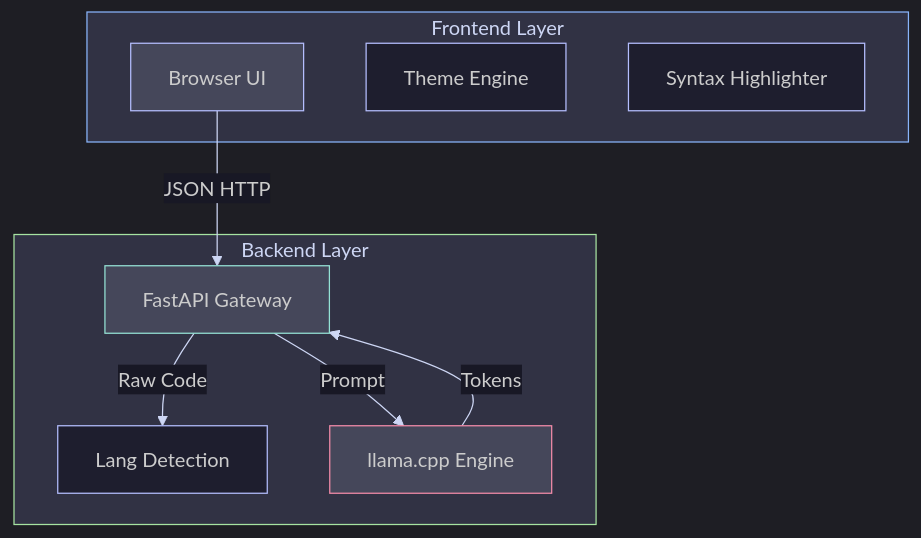
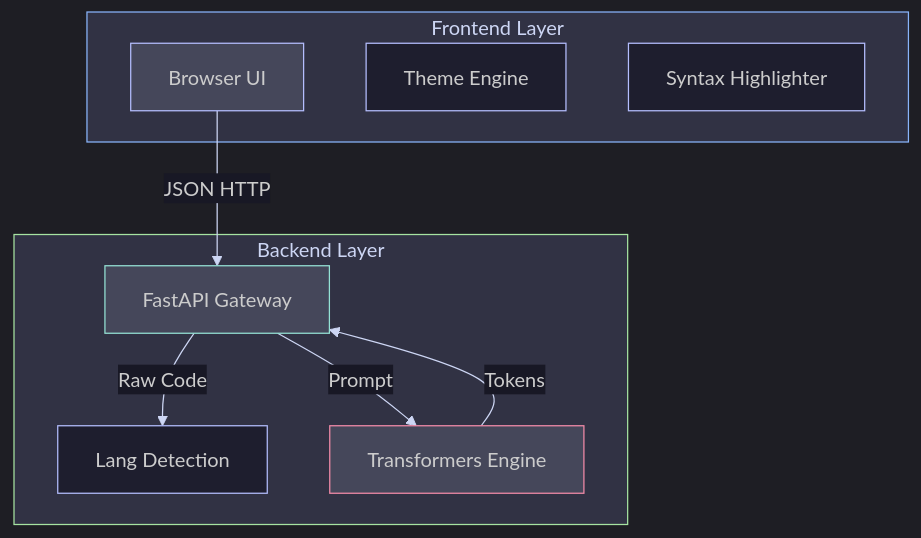
The diagram in DEVELOPMENT.md (scriptsledge/clarity), drawn with Mermaid before and after one commit. The commit also changed other lines of this file and 6 other files, not shown here.

````diff
--- a/DEVELOPMENT.md
+++ b/DEVELOPMENT.md
@@ -13,26 +13,26 @@
 ```mermaid
 %%{init: {'theme': 'dark', 'themeVariables': { 'darkMode': true, 'primaryColor': '#1e1e2e', 'edgeLabelBackground':'#181825', 'tertiaryColor': '#181825', 'mainBkg': '#1e1e2e', 'nodeBorder': '#b4befe', 'lineColor': '#cdd6f4'}}}%%
 graph TD
     subgraph Client [Frontend Layer]
         UI[Browser UI]
         Theme[Theme Engine]
         HLJS[Syntax Highlighter]
     end
 
     subgraph Server [Backend Layer]
         API[FastAPI Gateway]
         Detect[Lang Detection]
-        Llama[llama.cpp Engine]
+        Engine[Transformers Engine]
     end
 
     UI -->|JSON HTTP| API
     API -->|Raw Code| Detect
-    API -->|Prompt| Llama
-    Llama -->|Tokens| API
+    API -->|Prompt| Engine
+    Engine -->|Tokens| API
     
     style Client fill:#313244,stroke:#89b4fa,color:#cdd6f4
     style Server fill:#313244,stroke:#a6e3a1,color:#cdd6f4
     style UI fill:#45475a,stroke:#b4befe
     style API fill:#45475a,stroke:#94e2d5
-    style Llama fill:#45475a,stroke:#f38ba8
+    style Engine fill:#45475a,stroke:#f38ba8
 ```
````
